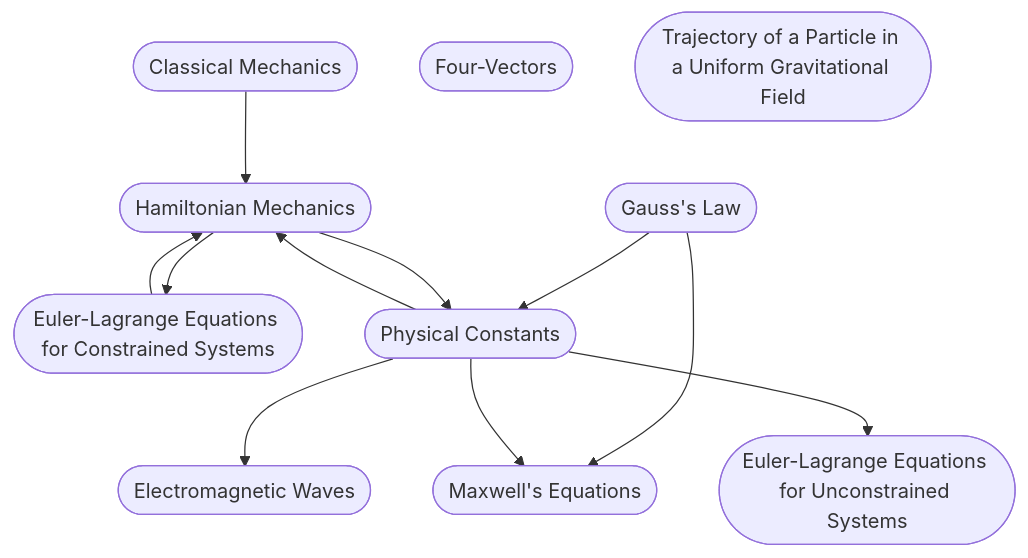
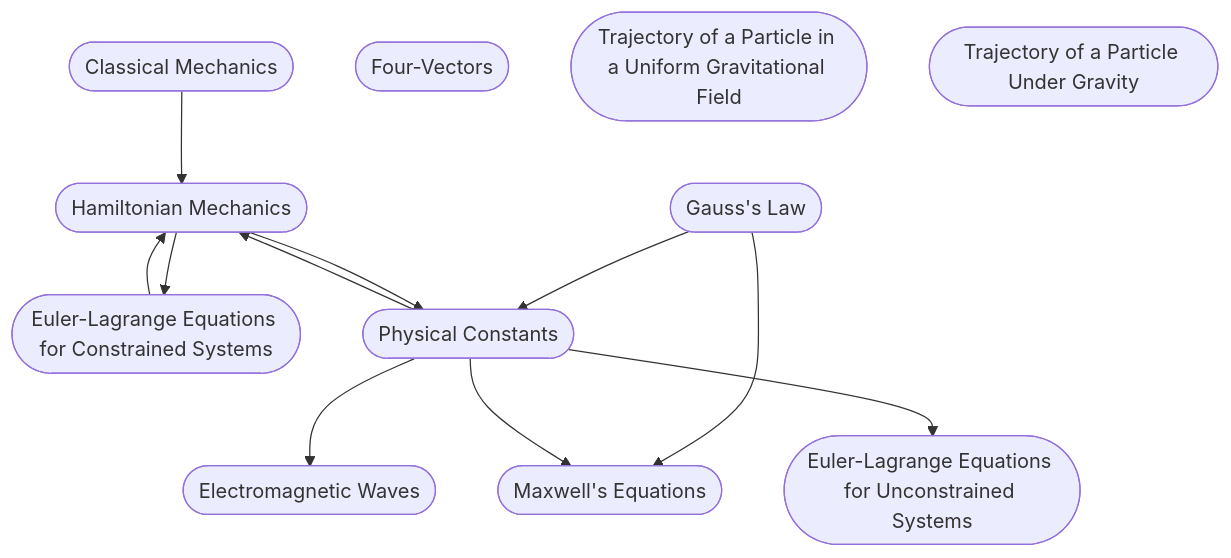
The diagram in KNOWLEDGE_GRAPH.md (Aaravshah2907/Physics-KB), drawn with Mermaid before and after one commit. The commit also changed 3 other files, not shown here.

Commit message:
Generate deep-dive: Trajectory of a particle under gravity

````diff
--- a/KNOWLEDGE_GRAPH.md
+++ b/KNOWLEDGE_GRAPH.md
@@ -3,23 +3,24 @@
 ```mermaid
 graph TD
   classical_mechanics([Classical Mechanics])
   electromagnetic_waves([Electromagnetic Waves])
   eulerlagrange_equations_for_constrained_systems([Euler-Lagrange Equations for Constrained Systems])
   eulerlagrange_equations_for_unconstrained_systems([Euler-Lagrange Equations for Unconstrained Systems])
   four_vectors([Four-Vectors])
   gauss_law([Gauss's Law])
   hamiltonian_mechanics([Hamiltonian Mechanics])
   maxwell_s_equations([Maxwell's Equations])
   particle_trajectory_gravity([Trajectory of a Particle in a Uniform Gravitational Field])
   physical_constants([Physical Constants])
+  trajectory_under_gravity([Trajectory of a Particle Under Gravity])
   classical_mechanics --> hamiltonian_mechanics
   eulerlagrange_equations_for_constrained_systems --> hamiltonian_mechanics
   gauss_law --> maxwell_s_equations
   gauss_law --> physical_constants
   hamiltonian_mechanics --> eulerlagrange_equations_for_constrained_systems
   hamiltonian_mechanics --> physical_constants
   physical_constants --> electromagnetic_waves
   physical_constants --> eulerlagrange_equations_for_unconstrained_systems
   physical_constants --> hamiltonian_mechanics
   physical_constants --> maxwell_s_equations
 ```
````
